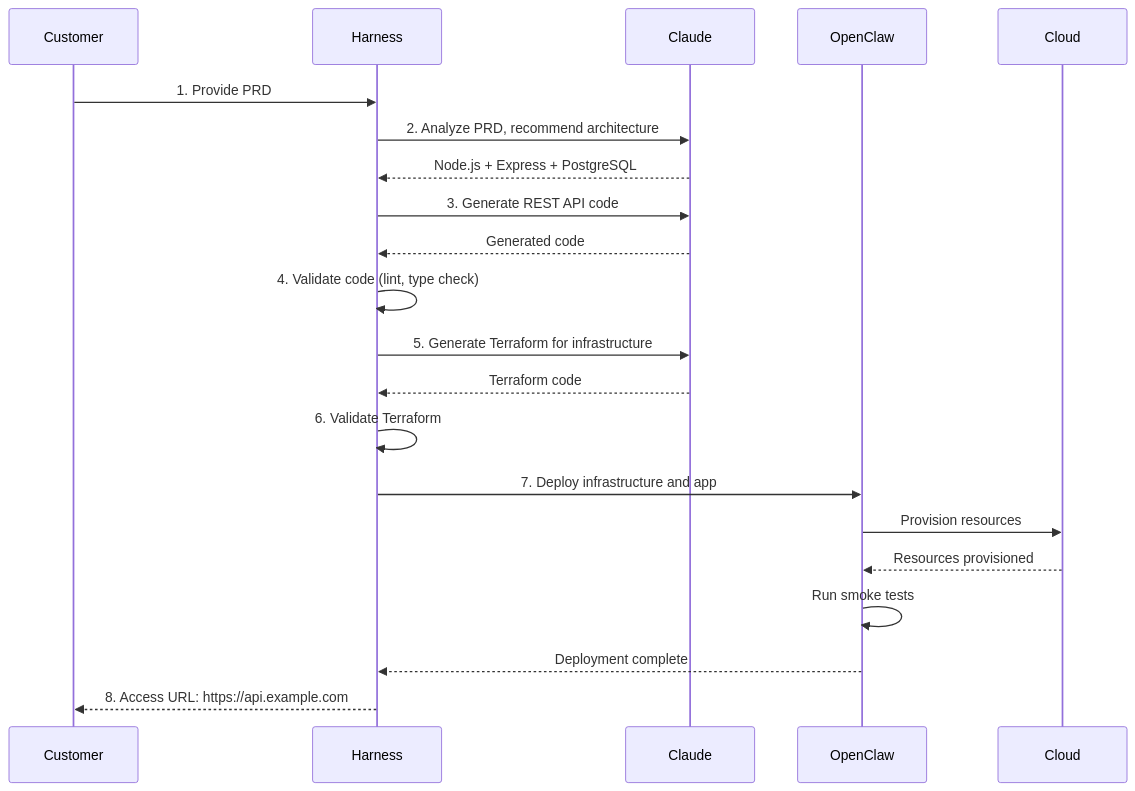
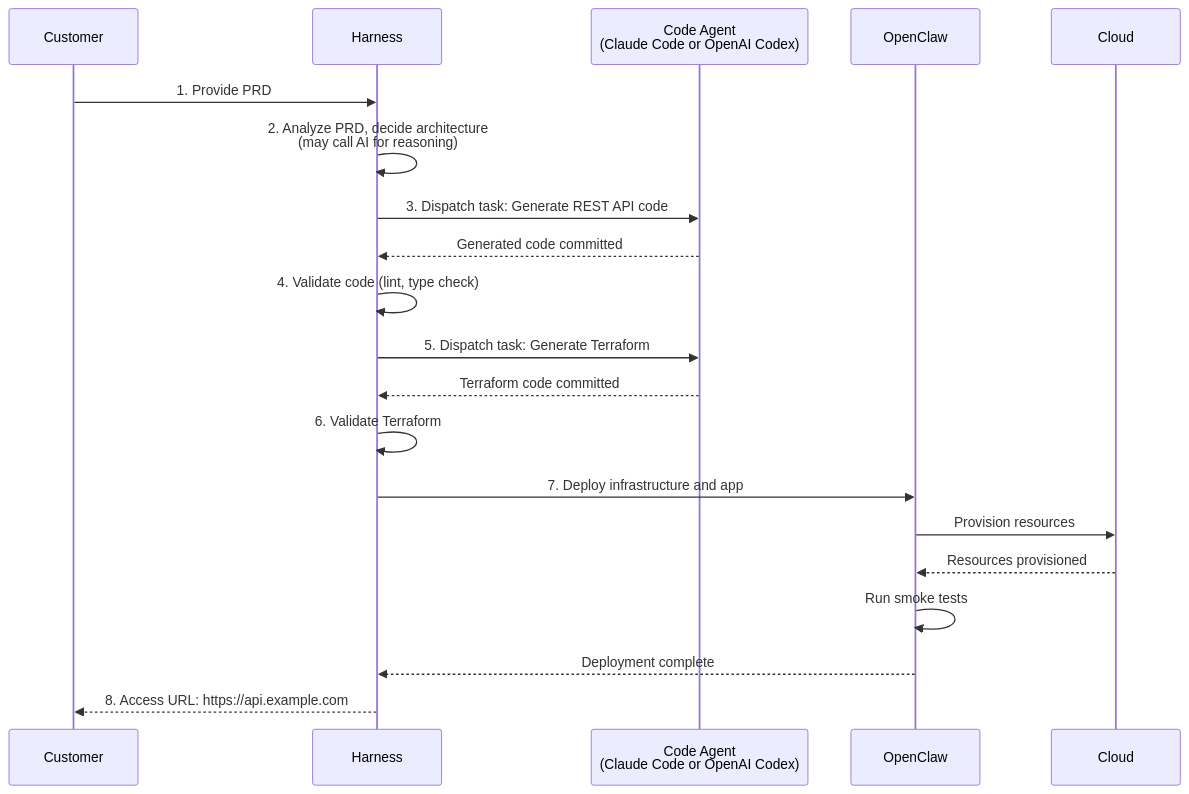
Before and after one commit to grantreid74/dev-house: the second of 2 diagrams in docs/architecture/overview.md, drawn with Mermaid. The commit also changed other lines of this file and 5 other files, not shown here.

First line of the commit message:
fix: correct AI agent model throughout — Harness ≠ AI subscription

````diff
--- a/docs/architecture/overview.md
+++ b/docs/architecture/overview.md
@@ -92,24 +98,23 @@
 ```mermaid
 sequenceDiagram
     participant Customer
     participant Harness
-    participant Claude
+    participant CodeAgent as Code Agent<br/>(Claude Code or OpenAI Codex)
     participant OpenClaw
     participant Cloud
 
     Customer->>Harness: 1. Provide PRD
-    Harness->>Claude: 2. Analyze PRD, recommend architecture
-    Claude-->>Harness: Node.js + Express + PostgreSQL
-    Harness->>Claude: 3. Generate REST API code
-    Claude-->>Harness: Generated code
+    Harness->>Harness: 2. Analyze PRD, decide architecture<br/>(may call AI for reasoning)
+    Harness->>CodeAgent: 3. Dispatch task: Generate REST API code
+    CodeAgent-->>Harness: Generated code committed
     Harness->>Harness: 4. Validate code (lint, type check)
-    Harness->>Claude: 5. Generate Terraform for infrastructure
-    Claude-->>Harness: Terraform code
+    Harness->>CodeAgent: 5. Dispatch task: Generate Terraform
+    CodeAgent-->>Harness: Terraform code committed
     Harness->>Harness: 6. Validate Terraform
     Harness->>OpenClaw: 7. Deploy infrastructure and app
     OpenClaw->>Cloud: Provision resources
     Cloud-->>OpenClaw: Resources provisioned
     OpenClaw->>OpenClaw: Run smoke tests
     OpenClaw-->>Harness: Deployment complete
     Harness-->>Customer: 8. Access URL: https://api.example.com
 ```
````
